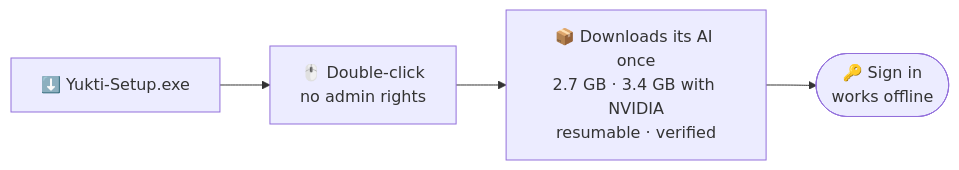
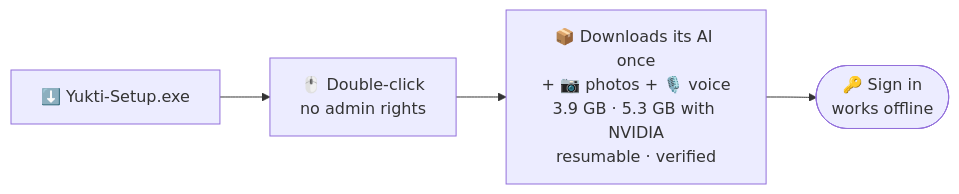
Before and after one commit to Juhilhere/Yukti: the eighth of 10 diagrams in README.md, drawn with Mermaid. The commit also changed other lines of this file and 2 other files, not shown here.

First line of the commit message:
Release 0.5.1 for Windows and Mac: photos and voice in the first install

````diff
--- a/README.md
+++ b/README.md
@@ -285,4 +285,4 @@
 ```mermaid
 flowchart LR
-  A["⬇️ Yukti-Setup.exe"] --> B["🖱️ Double-click<br/>no admin rights"] --> C["📦 Downloads its AI once<br/>2.7 GB · 3.4 GB with NVIDIA<br/>resumable · verified"] --> D(["🔑 Sign in<br/>works offline"])
+  A["⬇️ Yukti-Setup.exe"] --> B["🖱️ Double-click<br/>no admin rights"] --> C["📦 Downloads its AI once<br/>+ 📷 photos + 🎙️ voice<br/>3.9 GB · 5.3 GB with NVIDIA<br/>resumable · verified"] --> D(["🔑 Sign in<br/>works offline"])
 ```
````
